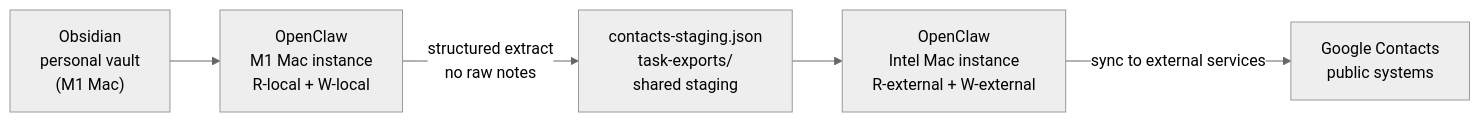
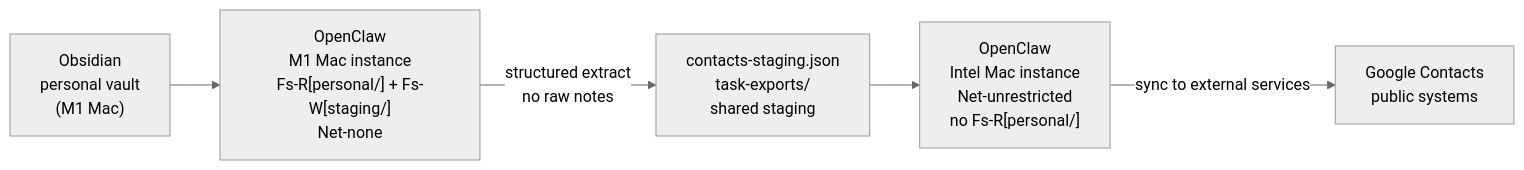
One commit to SiliconSaga/yggdrasil changed the second of 2 diagrams in docs/agent-security/openclaw-security.md. Above: the diagram before and after it, drawn with Mermaid (neutral theme). The commit also changed other lines of this file and 6 other files, not shown here.

````diff
--- a/docs/agent-security/openclaw-security.md
+++ b/docs/agent-security/openclaw-security.md
@@ -117,11 +117,11 @@
 ```mermaid
 flowchart LR
     personal["Obsidian<br>personal vault<br>(M1 Mac)"]
-    agent1["OpenClaw<br>M1 Mac instance<br>R-local + W-local"]
+    agent1["OpenClaw<br>M1 Mac instance<br>Fs-R[personal/] + Fs-W[staging/]<br>Net-none"]
     staging["contacts-staging.json<br>task-exports/<br>shared staging"]
-    agent2["OpenClaw<br>Intel Mac instance<br>R-external + W-external"]
+    agent2["OpenClaw<br>Intel Mac instance<br>Net-unrestricted<br>no Fs-R[personal/]"]
     personal --> agent1
     agent1 -->|"structured extract<br>no raw notes"| staging
     staging --> agent2
     agent2 -->|"sync to external services"| ext["Google Contacts<br>public systems"]
 ```
````
